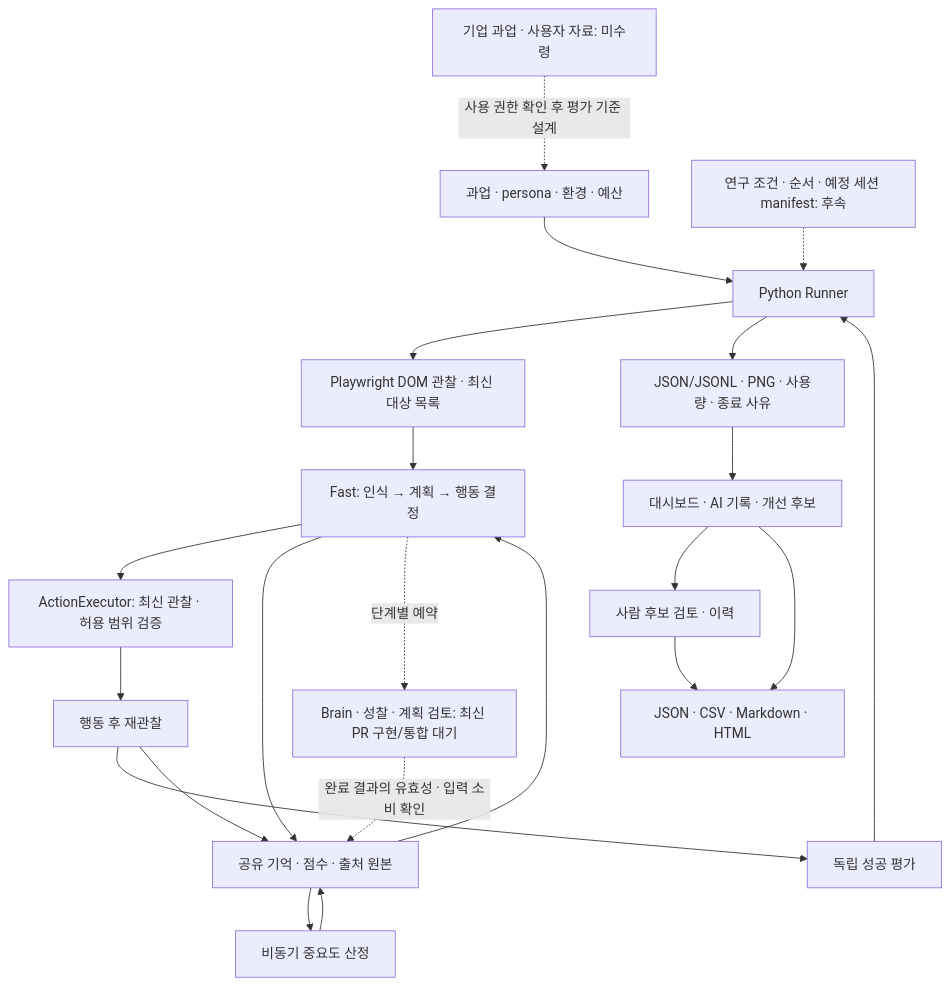
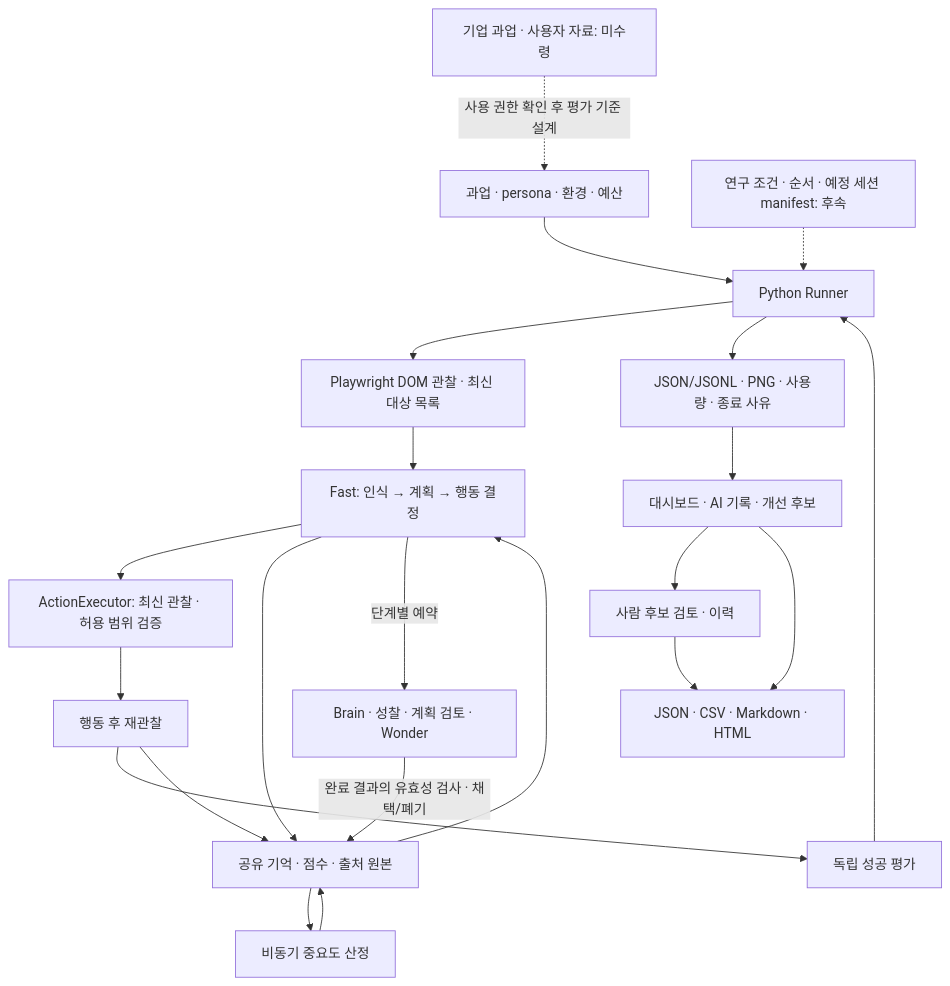
Before and after one commit to 2026-2-1/Persona: the diagram in docs/research/2026-10-15-project-submission-draft.md, drawn with Mermaid. The commit also changed other lines of this file and 2 other files, not shown here.

````diff
--- a/docs/research/2026-10-15-project-submission-draft.md
+++ b/docs/research/2026-10-15-project-submission-draft.md
@@ -52,24 +52,24 @@
 ```mermaid
 flowchart TD
     Input[과업 · persona · 환경 · 예산] --> Runner[Python Runner]
     Runner --> Observe[Playwright DOM 관찰 · 최신 대상 목록]
     Observe --> Fast[Fast: 인식 → 계획 → 행동 결정]
     Memory[공유 기억 · 점수 · 출처 원본] --> Fast
     Fast --> Execute[ActionExecutor: 최신 관찰 · 허용 범위 검증]
     Execute --> After[행동 후 재관찰]
     After --> Eval[독립 성공 평가]
     Eval --> Runner
     Fast --> Memory
     After --> Memory
     Memory --> Score[비동기 중요도 산정]
     Score --> Memory
-    Fast -. 단계별 예약 .-> Brain[Brain · 성찰 · 계획 검토: 최신 PR 구현/통합 대기]
-    Brain -. 완료 결과의 유효성 · 입력 소비 확인 .-> Memory
+    Fast -->|단계별 예약| Brain[Brain · 성찰 · 계획 검토 · Wonder]
+    Brain -->|완료 결과의 유효성 검사 · 채택/폐기| Memory
     Runner --> Logs[JSON/JSONL · PNG · 사용량 · 종료 사유]
     Logs --> Dashboard[대시보드 · AI 기록 · 개선 후보]
     Dashboard --> Human[사람 후보 검토 · 이력]
     Dashboard --> Export[JSON · CSV · Markdown · HTML]
     Human --> Export
     Manifest[연구 조건 · 순서 · 예정 세션 manifest: 후속] -.-> Runner
     Enterprise[기업 과업 · 사용자 자료: 미수령] -. 사용 권한 확인 후 평가 기준 설계 .-> Input
 ```
````
